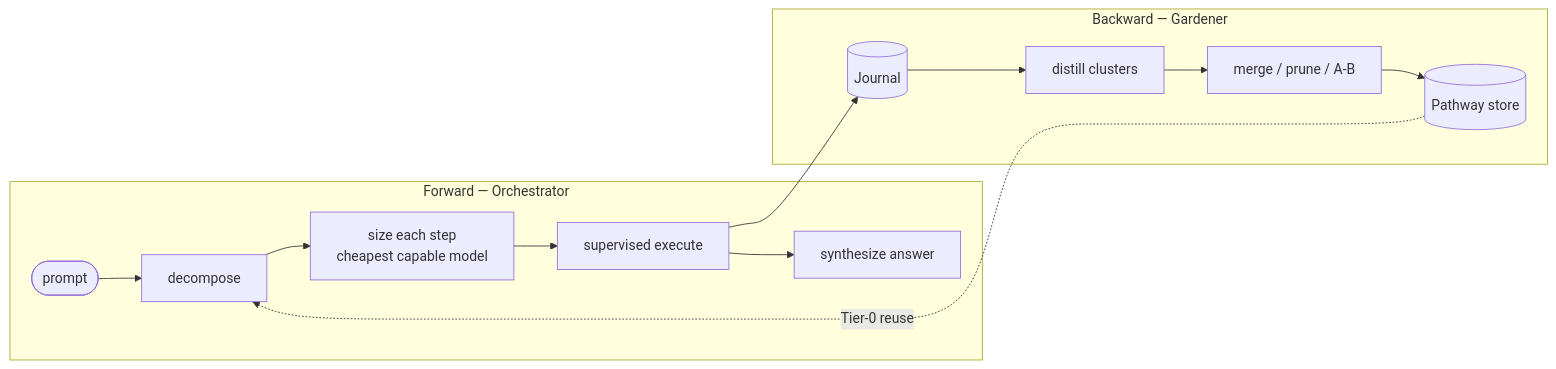
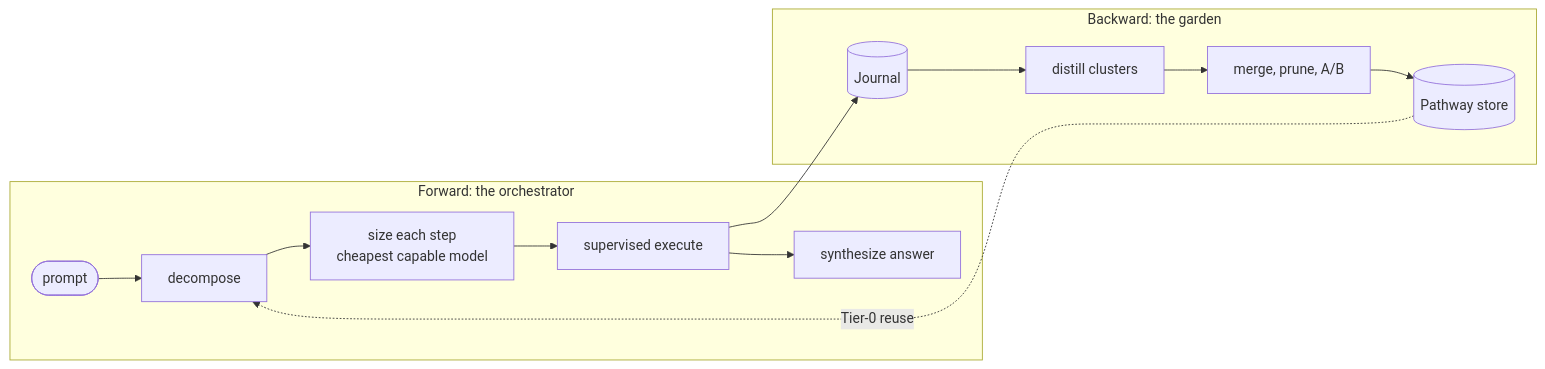
The second of 6 diagrams in docs/architecture/OVERVIEW.md (levitatingflyfisher/openDaisugi), drawn with Mermaid before and after one commit. The commit also changed other lines of this file and 1918 other files, not shown here.

````diff
--- a/docs/architecture/OVERVIEW.md
+++ b/docs/architecture/OVERVIEW.md
@@ -91,16 +190,16 @@
 ```mermaid
 flowchart LR
-    subgraph forward [Forward — Orchestrator]
+    subgraph forward [Forward: the orchestrator]
         p([prompt]) --> dec[decompose]
         dec --> sz[size each step<br/>cheapest capable model]
         sz --> ex[supervised execute]
         ex --> syn[synthesize answer]
     end
-    subgraph backward [Backward — Gardener]
+    subgraph backward [Backward: the garden]
         j[(Journal)] --> dl[distill clusters]
-        dl --> mg[merge / prune / A-B]
+        dl --> mg[merge, prune, A/B]
         mg --> ps[(Pathway store)]
     end
     ex --> j
     ps -.Tier-0 reuse.-> dec
 ```
````
